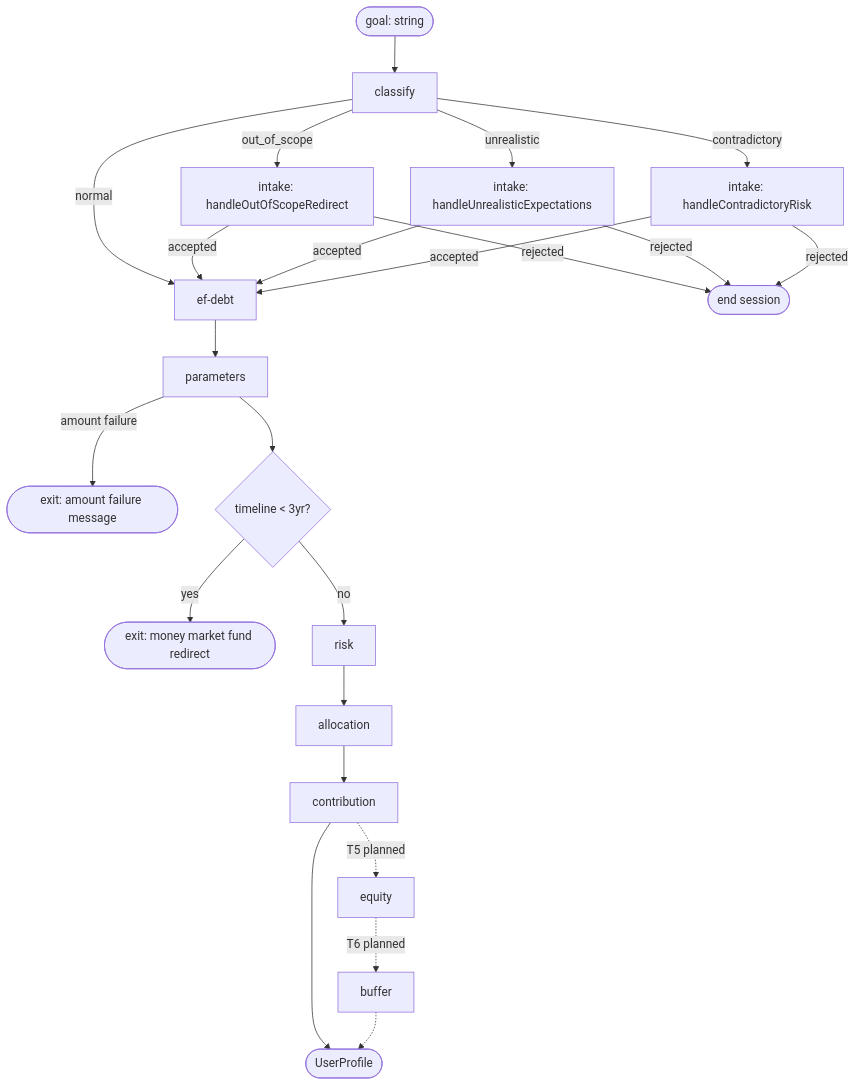
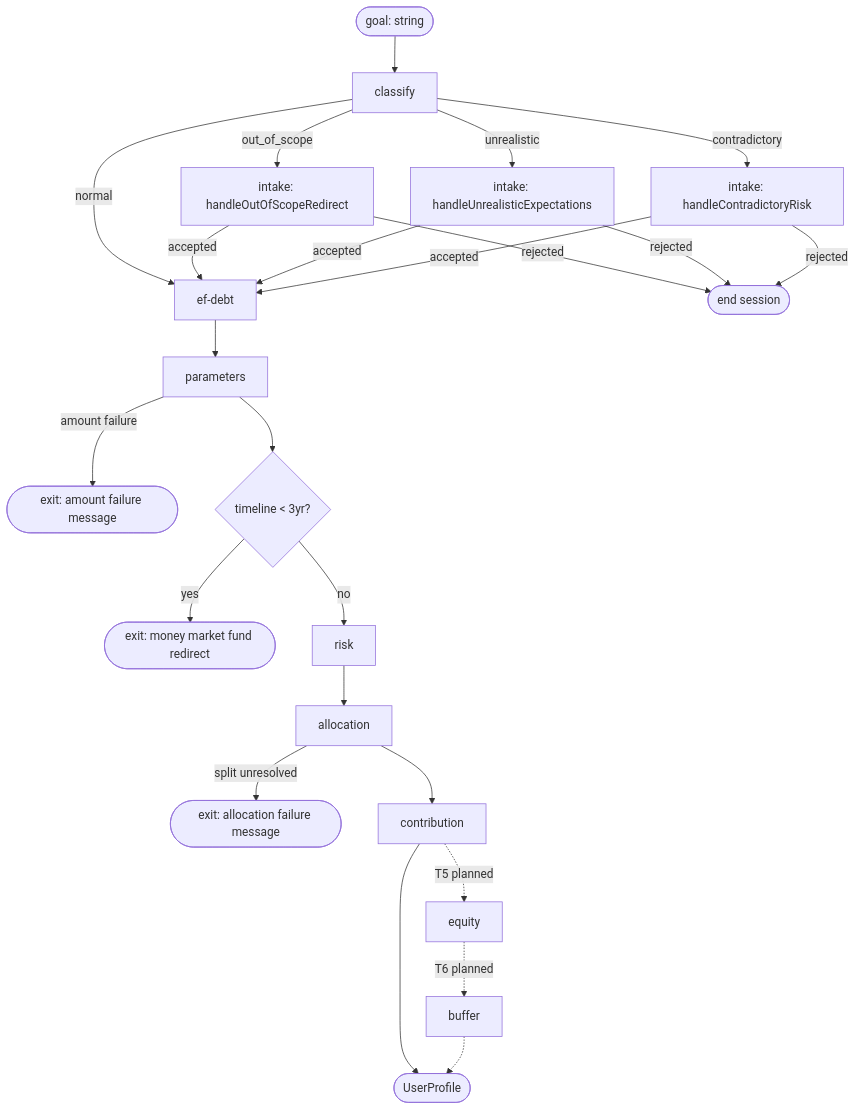
One commit to itayg43/lazy-advisor changed the diagram in documentation/ARCHITECTURE.md. Above: the diagram before and after it, drawn with Mermaid. The commit also changed other lines of this file and 15 other files, not shown here.

````diff
--- a/documentation/ARCHITECTURE.md
+++ b/documentation/ARCHITECTURE.md
@@ -11,27 +11,28 @@
 ```mermaid
 flowchart TD
     Start([goal: string]) --> Classify[classify]
     Classify -->|normal| EfDebt[ef-debt]
     Classify -->|out_of_scope| OOS[intake: handleOutOfScopeRedirect]
     Classify -->|unrealistic| Unreal[intake: handleUnrealisticExpectations]
     Classify -->|contradictory| Contra[intake: handleContradictoryRisk]
 
     OOS -->|accepted| EfDebt
     OOS -->|rejected| End([end session])
     Unreal -->|accepted| EfDebt
     Unreal -->|rejected| End
     Contra -->|accepted| EfDebt
     Contra -->|rejected| End
 
     EfDebt --> Parameters[parameters]
     Parameters -->|amount failure| ExitAmount([exit: amount failure message])
     Parameters --> ShortHorizon{timeline < 3yr?}
     ShortHorizon -->|yes| ExitShort([exit: money market fund redirect])
     ShortHorizon -->|no| Risk[risk]
     Risk --> Allocation[allocation]
+    Allocation -->|split unresolved| ExitAllocation([exit: allocation failure message])
     Allocation --> Contribution[contribution]
     Contribution --> Profile([UserProfile])
     Contribution -.->|T5 planned| Equity[equity]
     Equity -.->|T6 planned| Buffer[buffer]
     Buffer -.-> Profile
 ```
````
